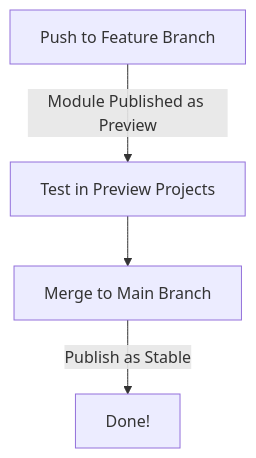
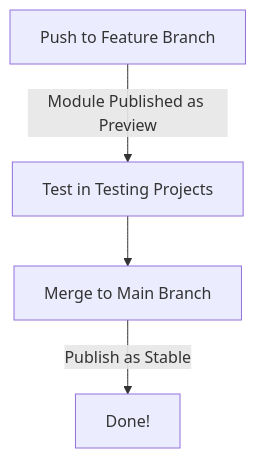
One commit to Facets-cloud/module-development-examples changed the diagram in README.md. Above: the diagram before and after it, drawn with Mermaid. The commit also changed other lines of this file, not shown here.

Commit message:
Updates ReadME (#7)

````diff
--- a/README.md
+++ b/README.md
@@ -258,6 +258,6 @@
   ```mermaid
   graph TD
-      A[Push to Feature Branch] -->|Module Published as Preview| B[Test in Preview Projects]
+      A[Push to Feature Branch] -->|Module Published as Preview| B[Test in Testing Projects]
       B --> C[Merge to Main Branch]
       C -->|Publish as Stable| D[Done!]
   ```
````
